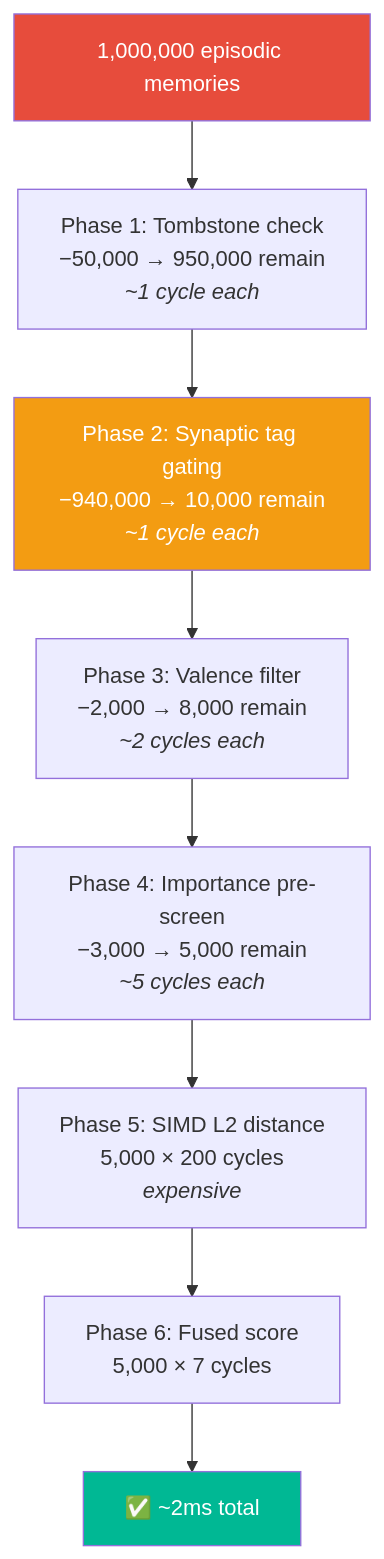
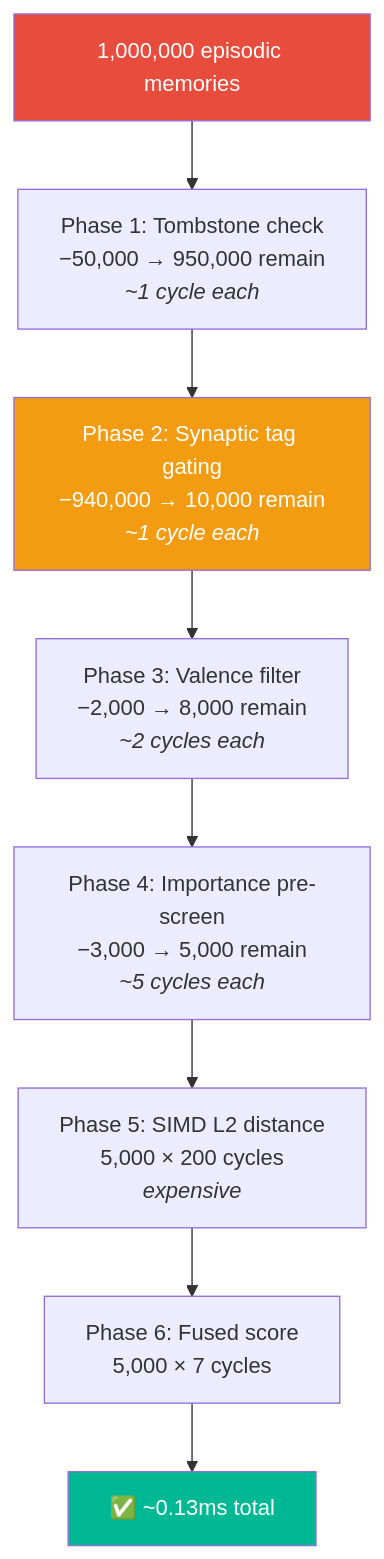
One commit to spectrayan/spector changed the first of 2 diagrams in docs/docs/memory/scoring-pipeline.md. Above: the diagram before and after it, drawn with Mermaid. The commit also changed 8 other files, not shown here.

````diff
--- a/docs/docs/memory/scoring-pipeline.md
+++ b/docs/docs/memory/scoring-pipeline.md
@@ -221,14 +221,14 @@
 ```mermaid
 graph TD
     A["1,000,000 episodic memories"] --> B["Phase 1: Tombstone check<br/>−50,000 → 950,000 remain<br/><i>~1 cycle each</i>"]
     B --> C["Phase 2: Synaptic tag gating<br/>−940,000 → 10,000 remain<br/><i>~1 cycle each</i>"]
     C --> D["Phase 3: Valence filter<br/>−2,000 → 8,000 remain<br/><i>~2 cycles each</i>"]
     D --> E["Phase 4: Importance pre-screen<br/>−3,000 → 5,000 remain<br/><i>~5 cycles each</i>"]
     E --> F["Phase 5: SIMD L2 distance<br/>5,000 × 200 cycles<br/><i>expensive</i>"]
     F --> G["Phase 6: Fused score<br/>5,000 × 7 cycles"]
-    G --> H["✅ ~2ms total"]
+    G --> H["✅ ~0.13ms total"]
 
     style A fill:#e74c3c,color:white
     style C fill:#f39c12,color:white
     style H fill:#00b894,color:white
 ```
````
